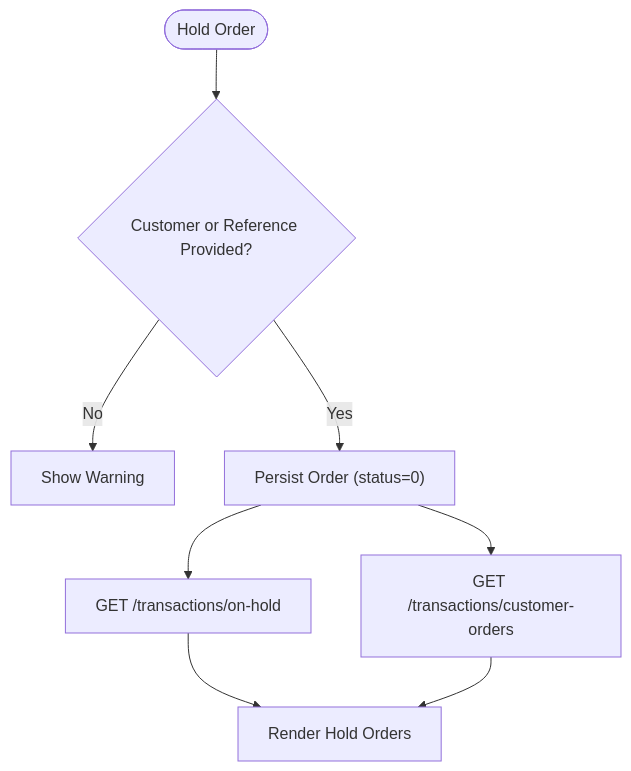
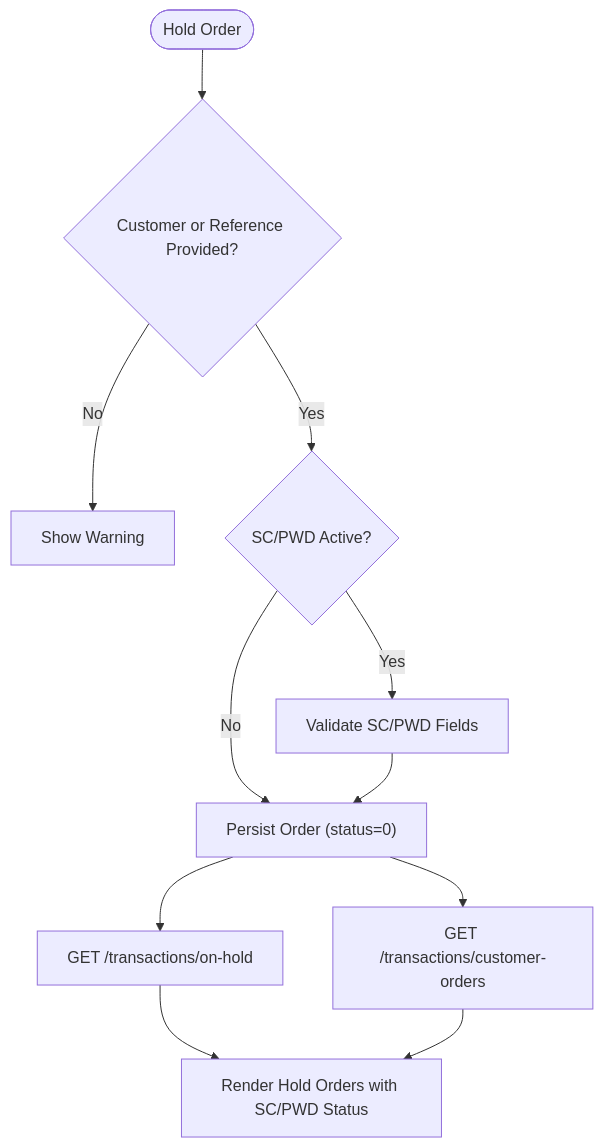
Before and after one commit to yosefdc7/PharmaPOS: the seventh of 13 diagrams in .qoder/repowiki/en/content/Frontend Interface/Checkout System.md, drawn with Mermaid. The commit also changed other lines of this file and 11 other files, not shown here.

````diff
--- a/.qoder/repowiki/en/content/Frontend Interface/Checkout System.md
+++ b/.qoder/repowiki/en/content/Frontend Interface/Checkout System.md
@@ -234,10 +337,13 @@
 ```mermaid
 flowchart TD
 HoldStart(["Hold Order"]) --> Validate{"Customer or Reference Provided?"}
 Validate --> |No| Warn["Show Warning"]
-Validate --> |Yes| Persist["Persist Order (status=0)"]
+Validate --> |Yes| CheckSCPD{"SC/PWD Active?"}
+CheckSCPD --> |Yes| ValidateSCPDFields["Validate SC/PWD Fields"]
+CheckSCPD --> |No| Persist["Persist Order (status=0)"]
+ValidateSCPDFields --> Persist
 Persist --> FetchOnHold["GET /transactions/on-hold"]
 Persist --> FetchCustOrders["GET /transactions/customer-orders"]
-FetchOnHold --> Display["Render Hold Orders"]
+FetchOnHold --> Display["Render Hold Orders with SC/PWD Status"]
 FetchCustOrders --> Display
 ```
````
